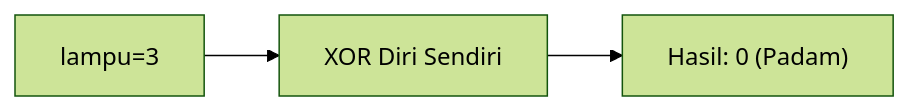
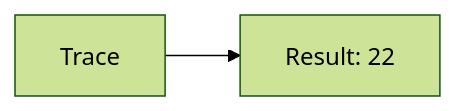
Before and after one commit to amnahwaida/OSNK_INF_PREP: diagram 16 of 25 in part-c-pemahaman-cpp/06-bitwise/latihan/set-03.md, drawn with Mermaid (forest theme). The commit also changed other lines of this file and 71 other files, not shown here.

````diff
--- a/part-c-pemahaman-cpp/06-bitwise/latihan/set-03.md
+++ b/part-c-pemahaman-cpp/06-bitwise/latihan/set-03.md
@@ -456,5 +337,4 @@
 ```mermaid
 graph LR
-A["lampu=3"] --> B["XOR Diri Sendiri"]
-B --> C["Hasil: 0 (Padam)"]
+A[Trace] --> B[Result: 22]
 ```
````
